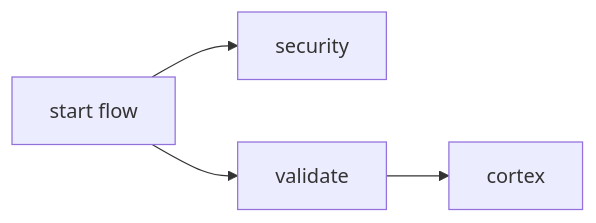
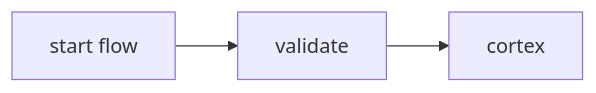
Before and after one commit to JupiterOne/.github: the first of 2 diagrams in .github/workflows/docs/frontend/frontend_runtime_deploy.md, drawn with Mermaid. The commit also changed other lines of this file and 24 other files, not shown here.

````diff
--- a/.github/workflows/docs/frontend/frontend_runtime_deploy.md
+++ b/.github/workflows/docs/frontend/frontend_runtime_deploy.md
@@ -44,10 +44,9 @@
 ```mermaid
 graph LR;
     A[start flow];
-    B[security];
     C[validate];
     D[cortex];
 
-    A --> B;
+    A;
     A --> C --> D;
 ```
````
